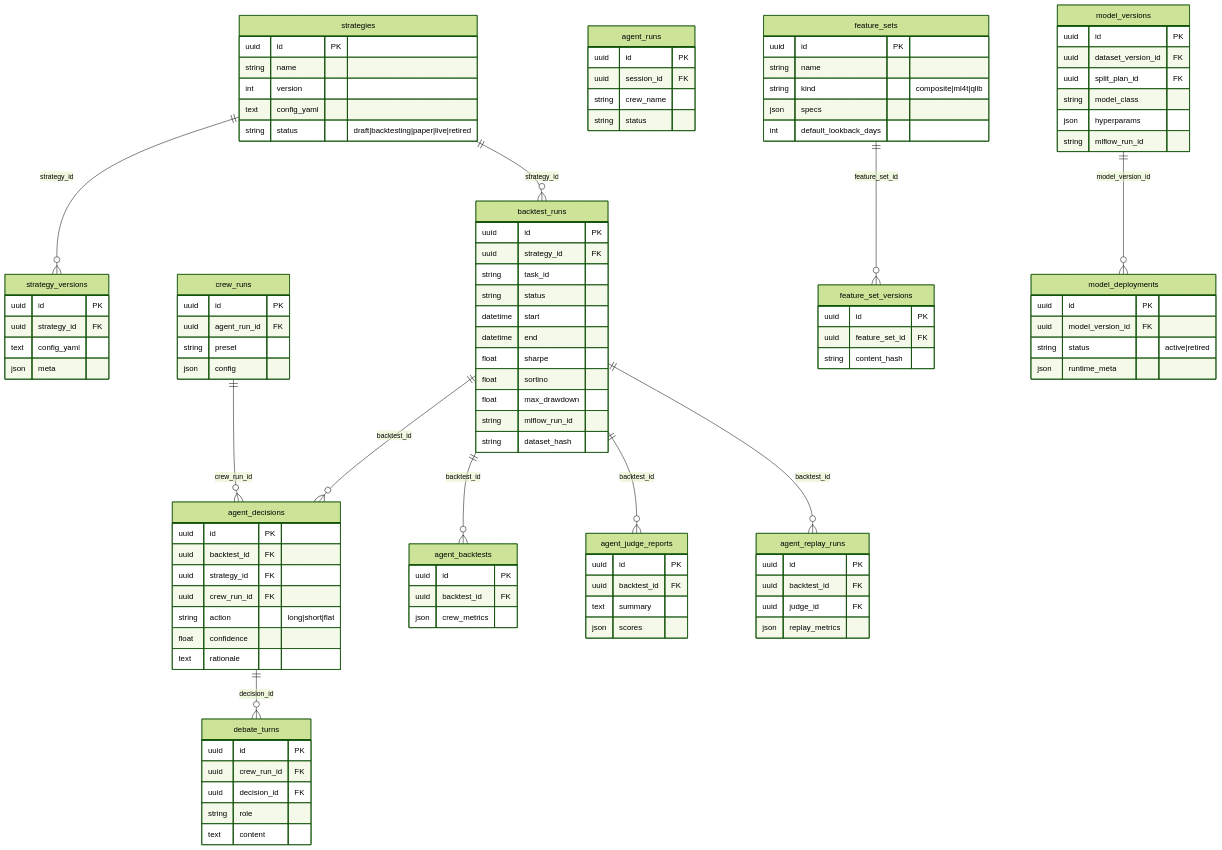
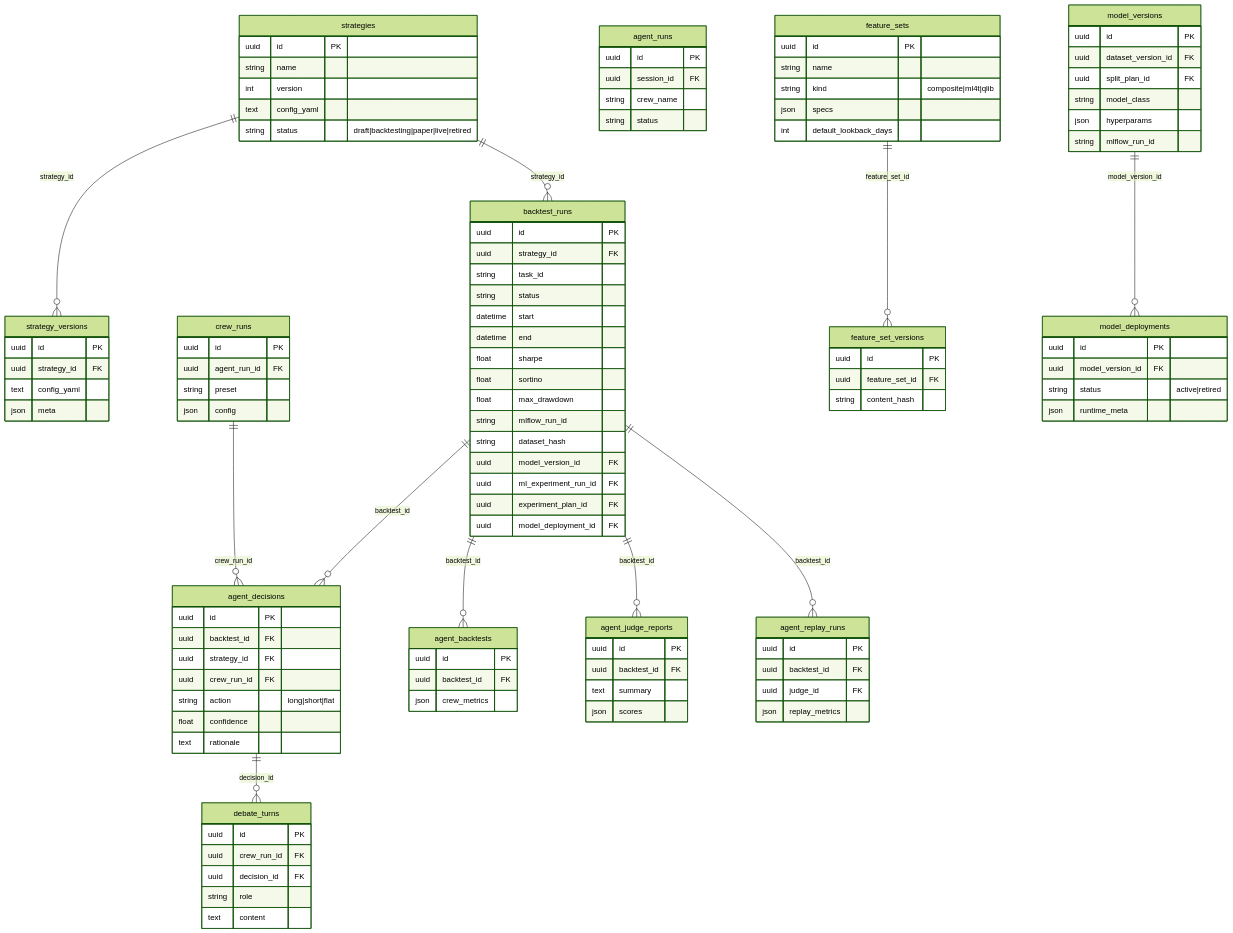
One commit to julianwileymac/agentic_quant_platform changed the fourth of 13 diagrams in docs/erd.md. Above: the diagram before and after it, drawn with Mermaid (forest theme). The commit also changed other lines of this file and 428 other files, not shown here.

```diff
--- a/docs/erd.md
+++ b/docs/erd.md
@@ -271,6 +271,10 @@
         float max_drawdown
         string mlflow_run_id
         string dataset_hash
+        uuid model_version_id FK
+        uuid ml_experiment_run_id FK
+        uuid experiment_plan_id FK
+        uuid model_deployment_id FK
     }
     agent_runs {
         uuid id PK
```
